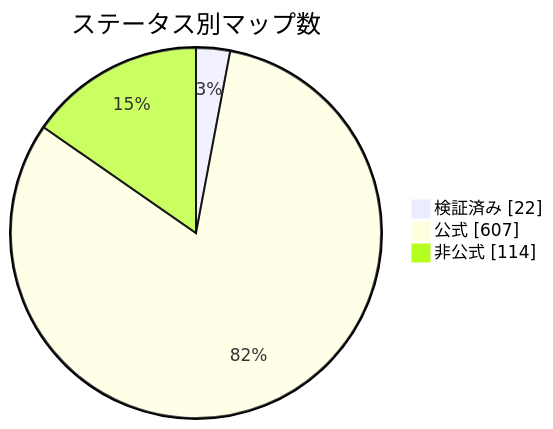
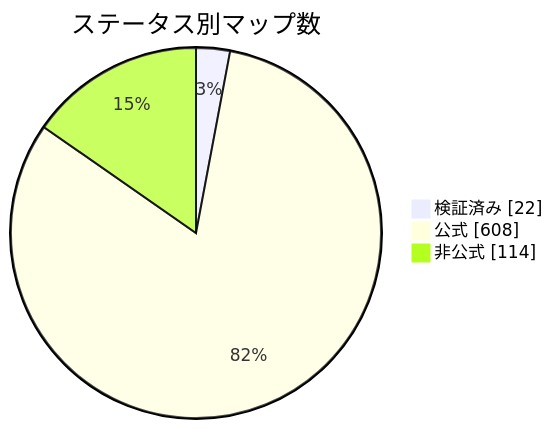
One commit to nobrega8/mbmap-library changed the diagram in docs/readme/README_JP.md. Above: the diagram before and after it, drawn with Mermaid. The commit also changed 6 other files, not shown here.

````diff
--- a/docs/readme/README_JP.md
+++ b/docs/readme/README_JP.md
@@ -54,7 +54,7 @@
 ```mermaid
 pie showData
     title ステータス別マップ数
     "検証済み" : 22
-    "公式" : 607
+    "公式" : 608
     "非公式" : 114
 ```
````
